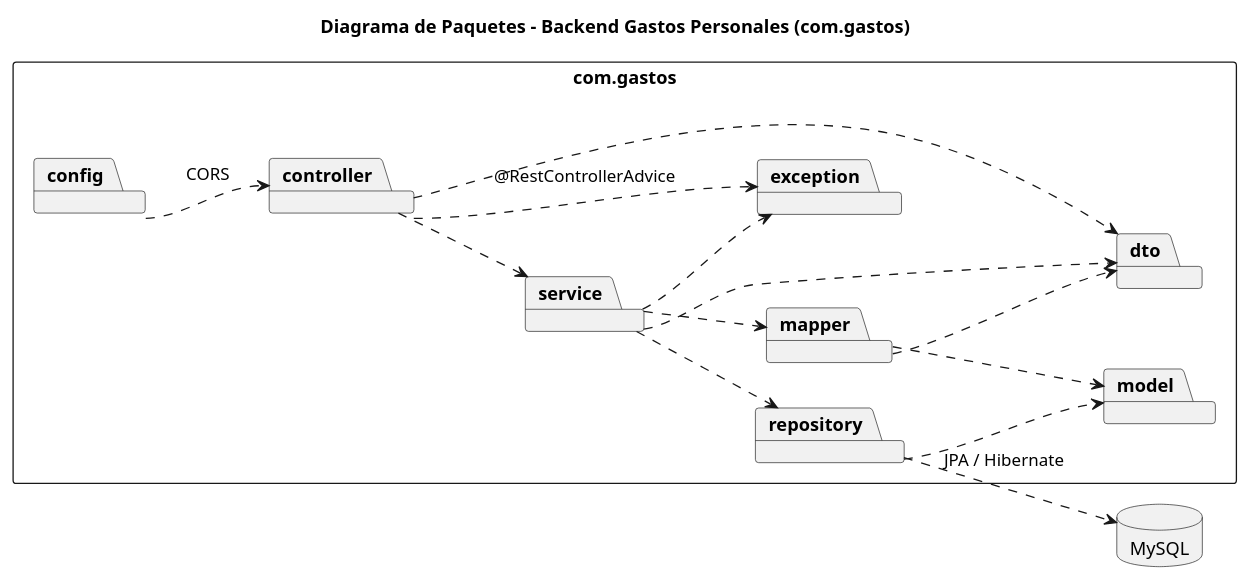
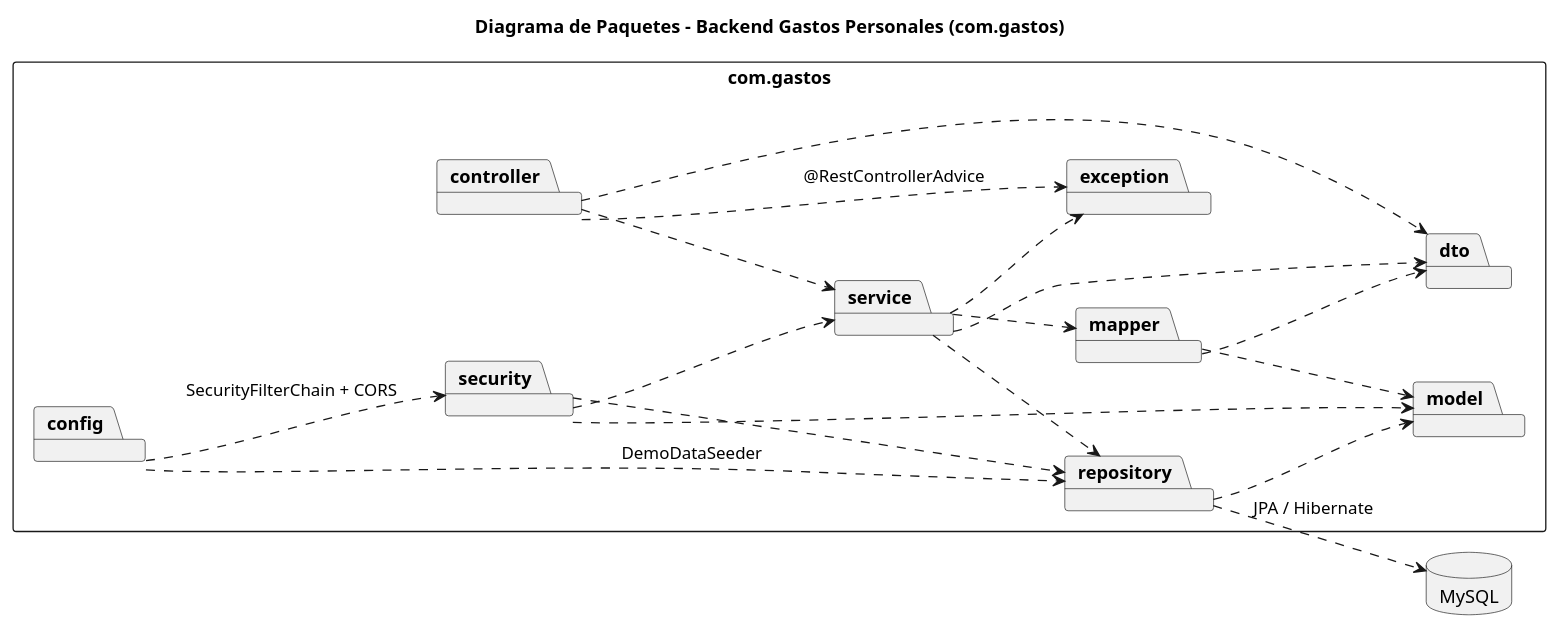
Before and after one commit to renzocand/04---gastos-personales: the diagram in docs/package-diagram.puml, drawn with PlantUML. The commit also changed 29 other files, not shown here.

```diff
--- a/docs/package-diagram.puml
+++ b/docs/package-diagram.puml
@@ -1,36 +1,43 @@
 @startuml package-diagram
 title Diagrama de Paquetes - Backend Gastos Personales (com.gastos)
 
 skinparam packageStyle rectangle
 left to right direction
 
 package "com.gastos" {
     package "controller" as controller
     package "service" as service
     package "repository" as repository
     package "model" as model
     package "dto" as dto
     package "mapper" as mapper
     package "exception" as exception
+    package "security" as security
     package "config" as config
 }
 
 database "MySQL" as db
 
 ' Dependencias entre capas (flujo de la petición: arriba -> abajo)
 controller ..> service
 controller ..> dto
 service ..> repository
 service ..> mapper
 service ..> dto
 service ..> exception
 repository ..> model
 mapper ..> model
 mapper ..> dto
 controller ..> exception : @RestControllerAdvice
 
+' Seguridad: filtro JWT delante de los controllers, valida el token por petición
+security ..> service
+security ..> repository
+security ..> model
+config ..> security : SecurityFilterChain + CORS
+config ..> repository : DemoDataSeeder
+
 ' Infraestructura
 repository ..> db : JPA / Hibernate
-config ..> controller : CORS
 
 @enduml
```
